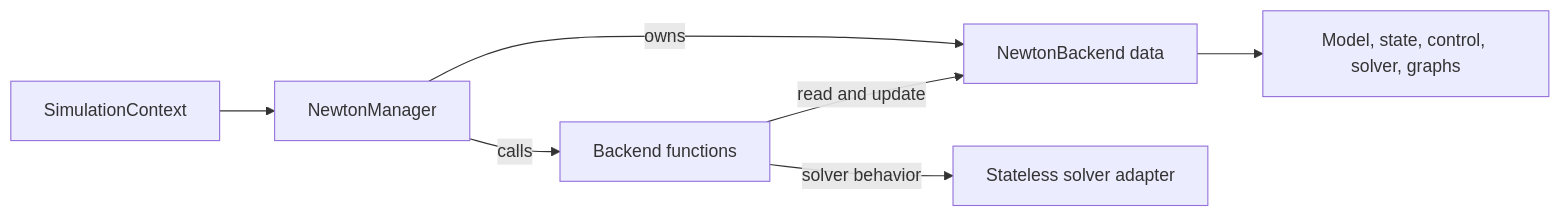
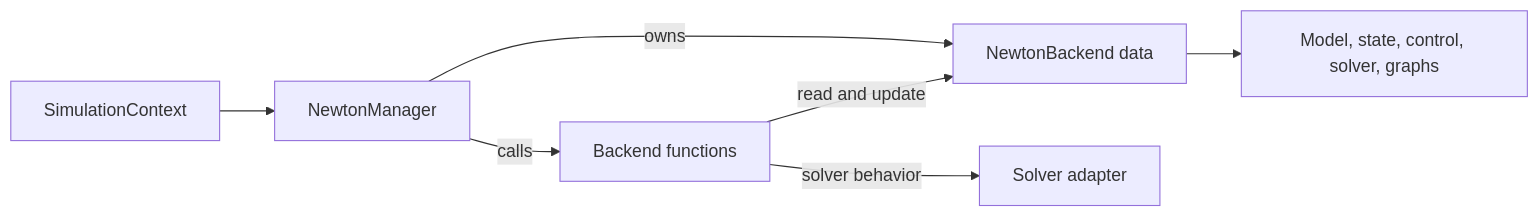
Before and after one commit to isaac-sim/IsaacLab: the diagram in source/isaaclab_newton/docs/newton-manager-design.md, drawn with Mermaid. The commit also changed 16 other files, not shown here.

````diff
--- a/source/isaaclab_newton/docs/newton-manager-design.md
+++ b/source/isaaclab_newton/docs/newton-manager-design.md
@@ -23,9 +23,9 @@
 ```mermaid
 flowchart LR
     Context[SimulationContext] --> Manager[NewtonManager]
     Manager -->|owns| Backend[NewtonBackend data]
     Manager -->|calls| Functions[Backend functions]
     Functions -->|read and update| Backend
-    Functions -->|solver behavior| Adapter[Stateless solver adapter]
+    Functions -->|solver behavior| Adapter[Solver adapter]
     Backend --> Resources[Model, state, control, solver, graphs]
 ```
````
